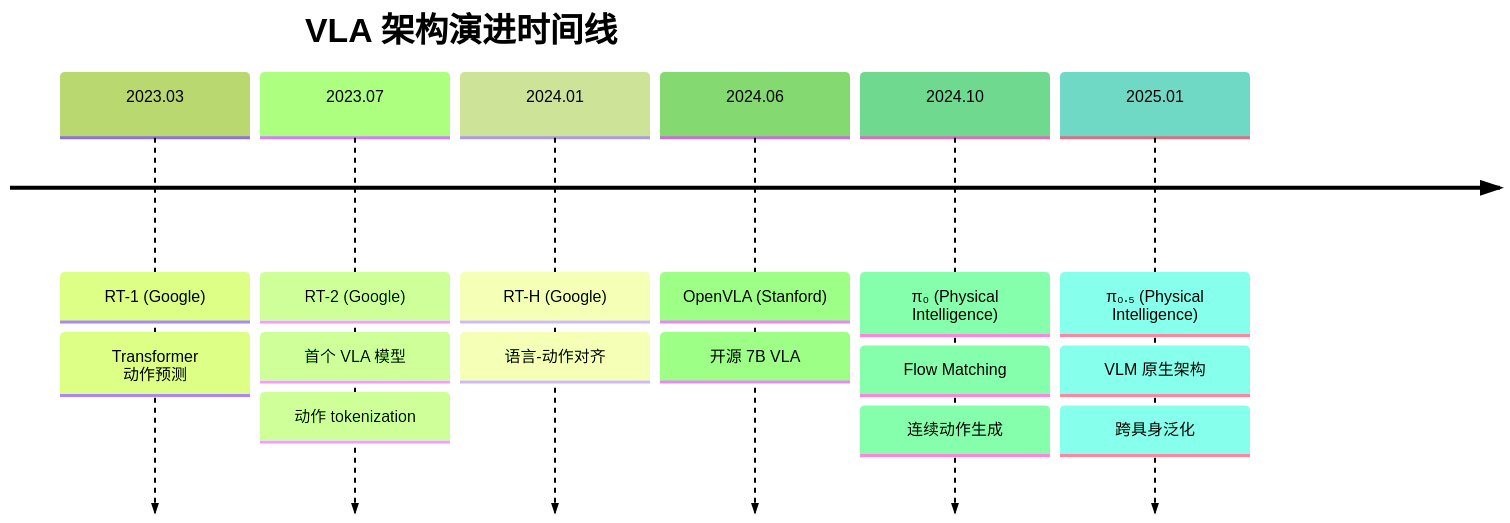
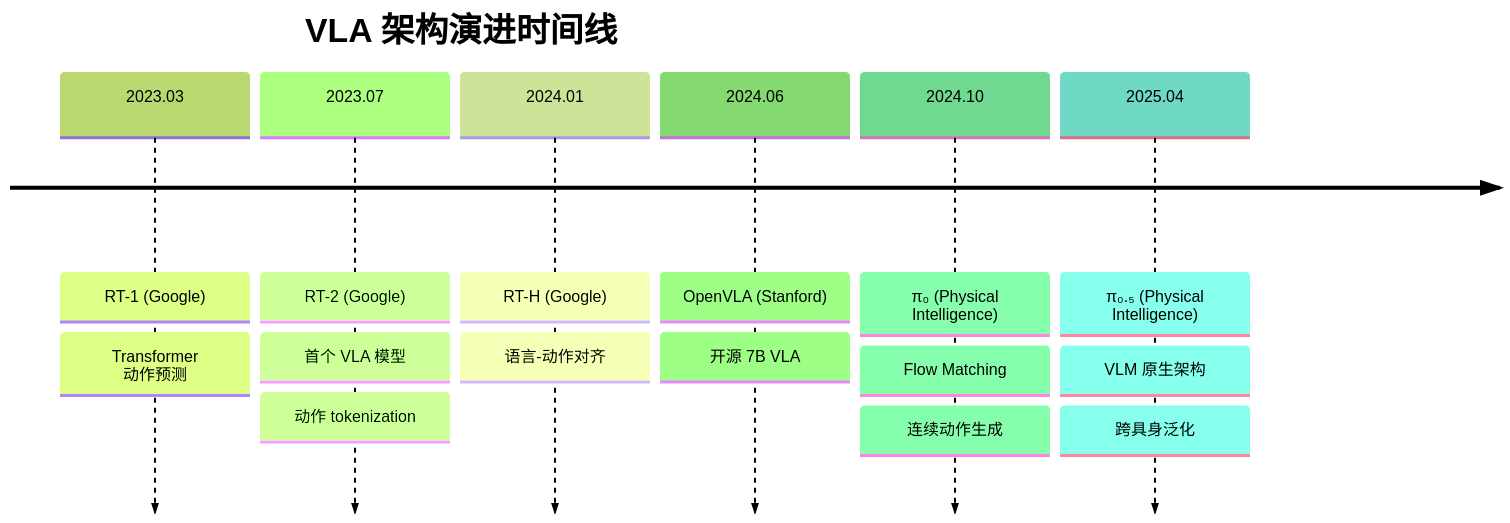
Before and after one commit to Qxy661/UAV-WM-VLA-Learning: the first of 3 diagrams in docs/03-VLA专题/01-VLA架构演进.md, drawn with Mermaid (forest theme). The commit also changed other lines of this file and 32 other files, not shown here.

````diff
--- a/docs/03-VLA专题/01-VLA架构演进.md
+++ b/docs/03-VLA专题/01-VLA架构演进.md
@@ -22,19 +22,19 @@
 ```mermaid
 timeline
     title VLA 架构演进时间线
     2023.03 : RT-1 (Google)
               : Transformer 动作预测
     2023.07 : RT-2 (Google)
               : 首个 VLA 模型
               : 动作 tokenization
     2024.01 : RT-H (Google)
               : 语言-动作对齐
     2024.06 : OpenVLA (Stanford)
               : 开源 7B VLA
     2024.10 : π₀ (Physical Intelligence)
               : Flow Matching
               : 连续动作生成
-    2025.01 : π₀.₅ (Physical Intelligence)
+    2025.04 : π₀.₅ (Physical Intelligence)
               : VLM 原生架构
               : 跨具身泛化
 ```
````
